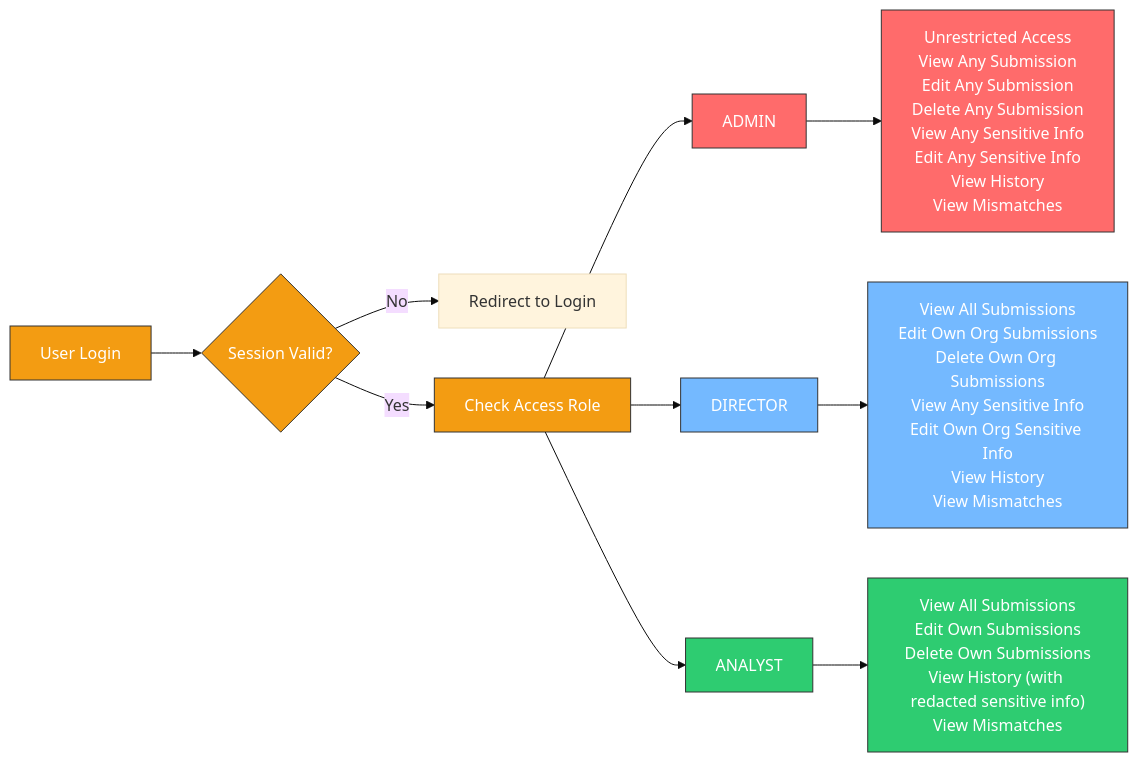
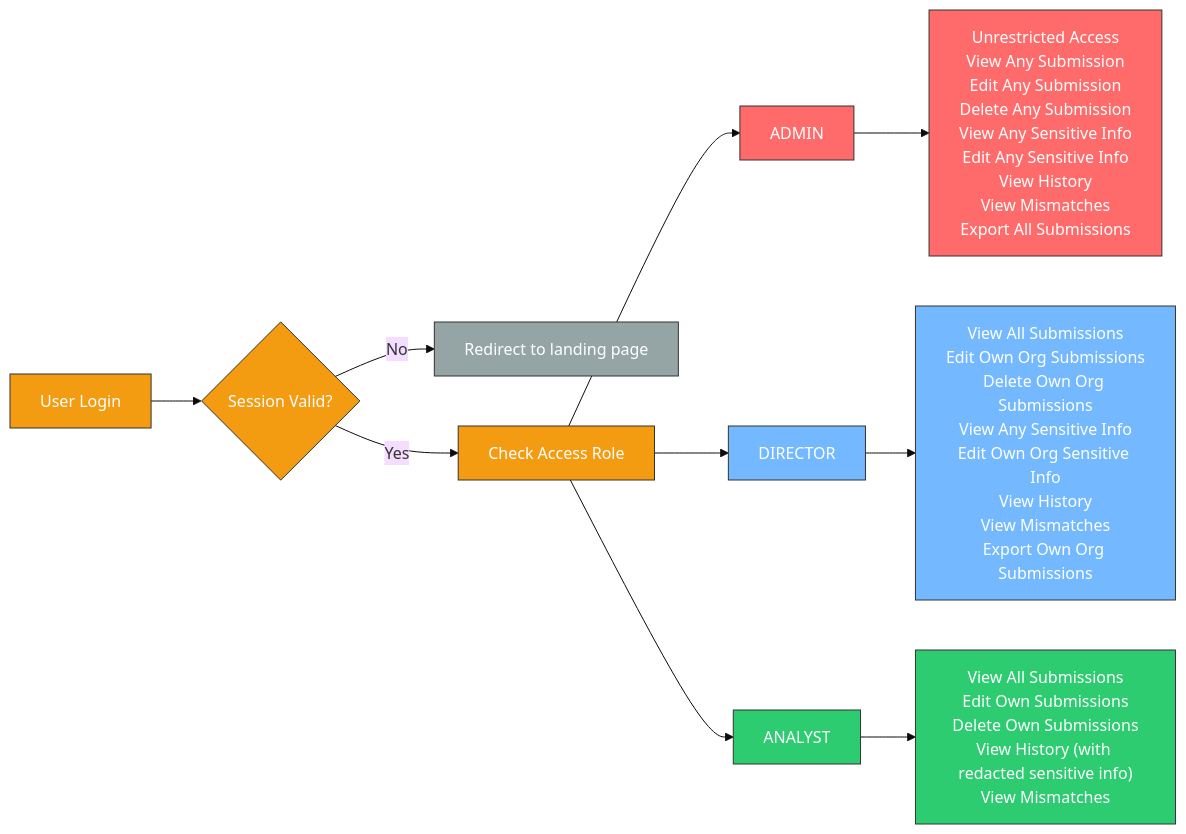
The first of 2 diagrams in submission-app-tech-spec.md (MichaelFrangione/tiered-auth-app-and-risk-portal), drawn with Mermaid (base theme) before and after one commit. The commit also changed other lines of this file and 8 other files, not shown here.

Commit message:
added landing page and download report button

````diff
--- a/submission-app-tech-spec.md
+++ b/submission-app-tech-spec.md
@@ -3,24 +3,26 @@
 ```mermaid
 graph LR
     A[User Login] --> B{Session Valid?}
-    B -->|No| C[Redirect to Login]
+    B -->|No| C[Redirect to landing page]
     B -->|Yes| E[Check Access Role]
     
     E --> F[ADMIN]
     E --> G[DIRECTOR]
     E --> H[ANALYST]
     
-    F --> F1["Unrestricted Access<br/>View Any Submission<br/>Edit Any Submission<br/>Delete Any Submission<br/>View Any Sensitive Info<br/>Edit Any Sensitive Info<br/>View History<br/>View Mismatches"]
-    G --> G1["View All Submissions<br/>Edit Own Org Submissions<br/>Delete Own Org Submissions<br/>View Any Sensitive Info<br/>Edit Own Org Sensitive Info<br/>View History<br/>View Mismatches"]
+    F --> F1["Unrestricted Access<br/>View Any Submission<br/>Edit Any Submission<br/>Delete Any Submission<br/>View Any Sensitive Info<br/>Edit Any Sensitive Info<br/>View History<br/>View Mismatches<br/>Export All Submissions"]
+    G --> G1["View All Submissions<br/>Edit Own Org Submissions<br/>Delete Own Org Submissions<br/>View Any Sensitive Info<br/>Edit Own Org Sensitive Info<br/>View History<br/>View Mismatches<br/>Export Own Org Submissions"]
     H --> H1["View All Submissions<br/>Edit Own Submissions<br/>Delete Own Submissions<br/>View History (with redacted sensitive info)<br/>View Mismatches"]
     
     classDef admin fill:#ff6b6b,stroke:#333,color:#fff
     classDef director fill:#74b9ff,stroke:#333,color:#fff
     classDef analyst fill:#2ecc71,stroke:#333,color:#fff
     classDef start fill:#f39c12,stroke:#333,color:#fff
+    classDef redirect fill:#95a5a6,stroke:#333,color:#fff
     
     class F,F1 admin
     class G,G1 director
     class H,H1 analyst
     class A,B,E start
+    class C redirect
 ```
````
